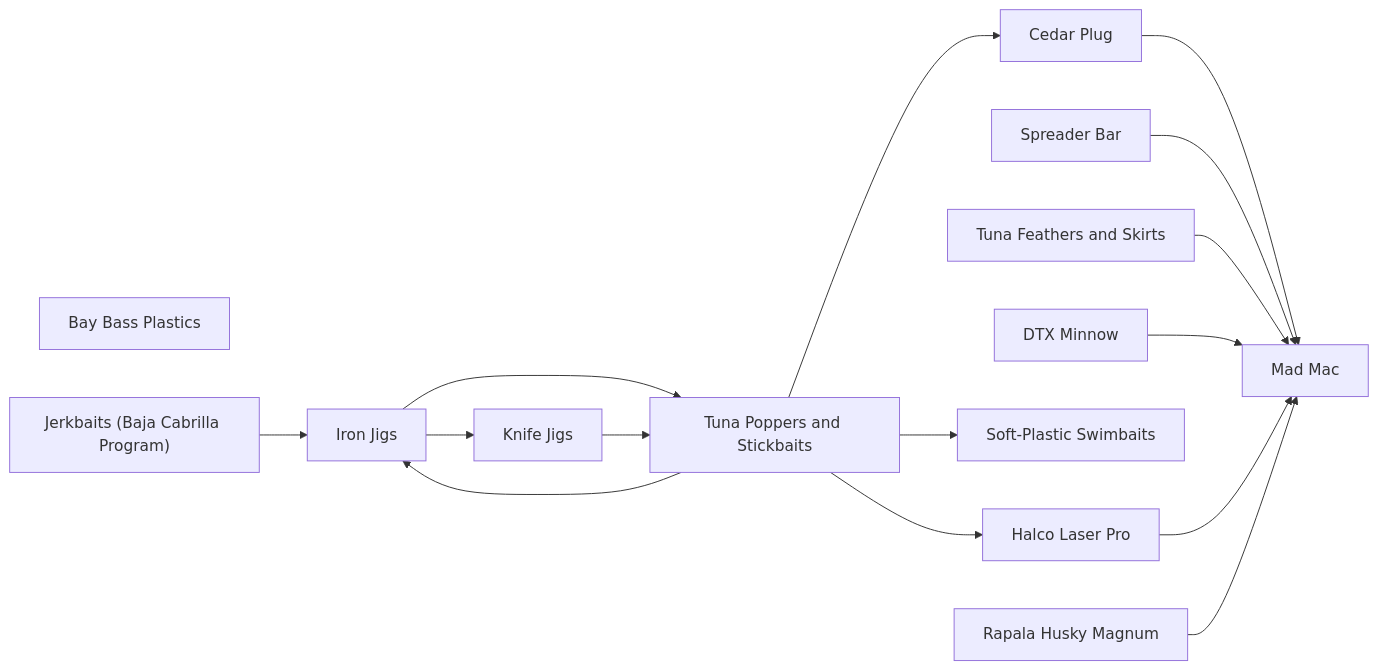
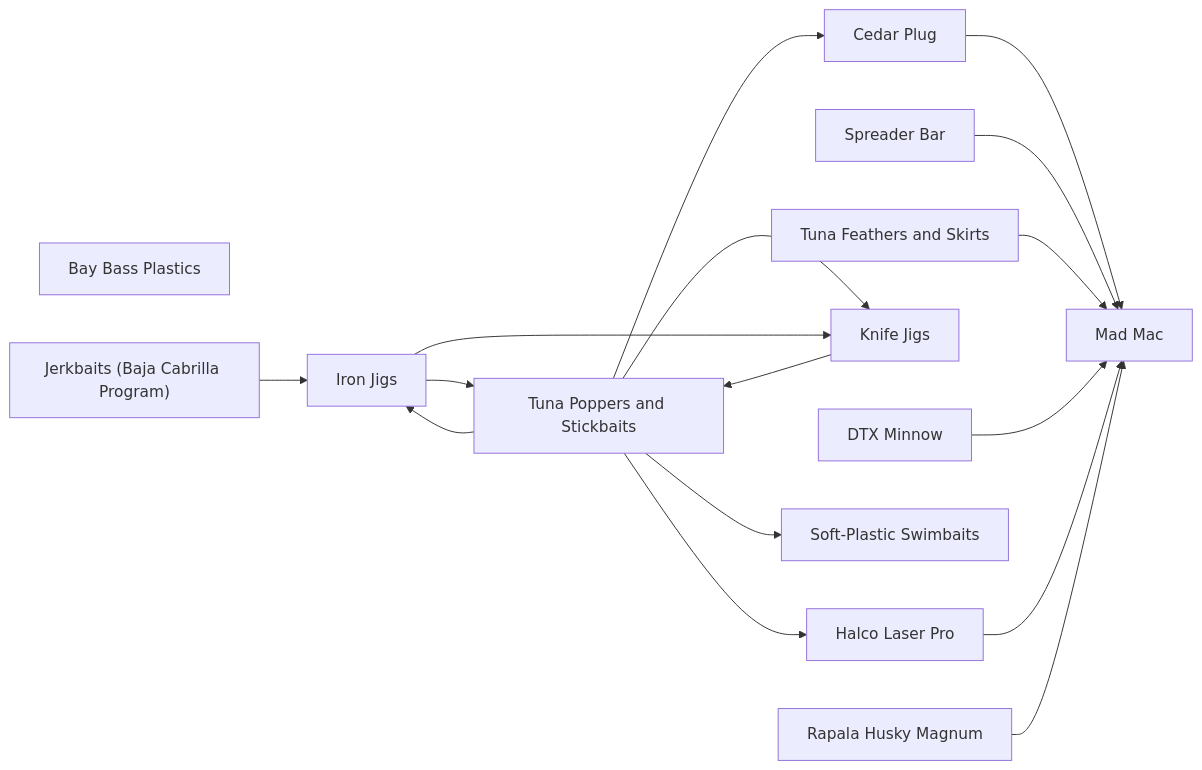
One commit to camchuckpete-max/Socal-Fishing-Knowledge changed the diagram in lures/README.md. Above: the diagram before and after it, drawn with Mermaid. The commit also changed 4 other files, not shown here.

````diff
--- a/lures/README.md
+++ b/lures/README.md
@@ -26,30 +26,31 @@
 ```mermaid
 graph LR
   n0["Bay Bass Plastics"]
   n1["Cedar Plug"]
   n2["DTX Minnow"]
   n3["Halco Laser Pro"]
   n4["Iron Jigs"]
   n5["Jerkbaits (Baja Cabrilla Program)"]
   n6["Knife Jigs"]
   n7["Mad Mac"]
   n8["Rapala Husky Magnum"]
   n9["Soft-Plastic Swimbaits"]
   n10["Spreader Bar"]
   n11["Tuna Feathers and Skirts"]
   n12["Tuna Poppers and Stickbaits"]
   n1 --> n7
   n10 --> n7
   n11 --> n7
   n12 --> n1
   n12 --> n3
   n12 --> n4
+  n12 --> n6
   n12 --> n9
   n2 --> n7
   n3 --> n7
   n4 --> n12
   n4 --> n6
   n5 --> n4
   n6 --> n12
   n8 --> n7
 ```
````
